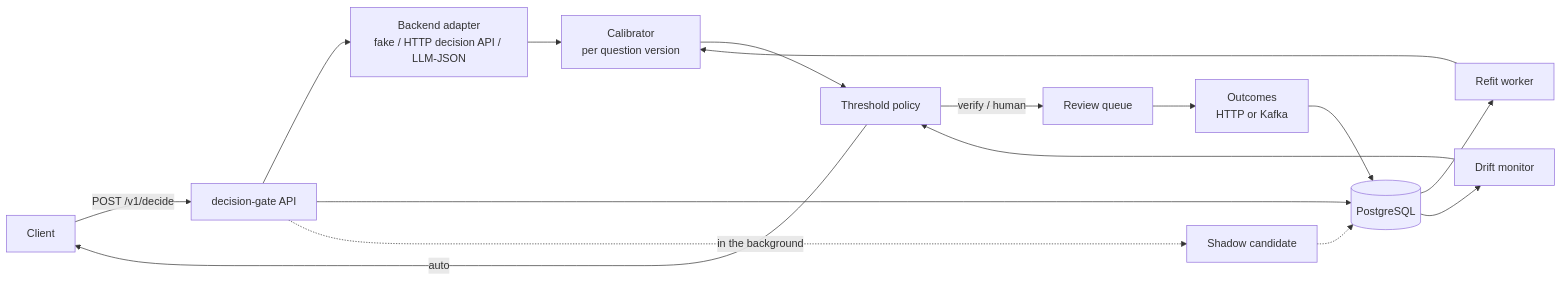
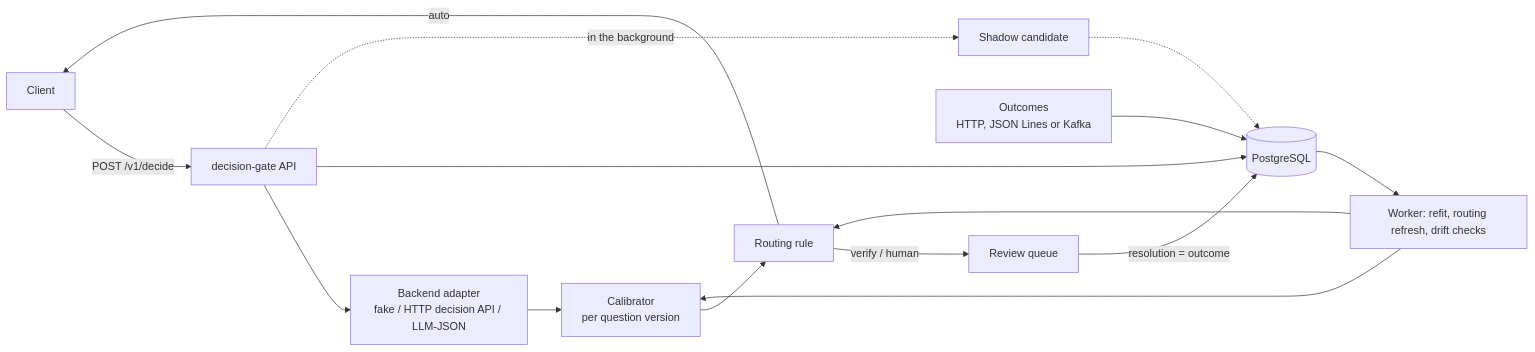
One commit to xeeshan16/decision-gate changed the first of 2 diagrams in README.md. Above: the diagram before and after it, drawn with Mermaid. The commit also changed other lines of this file and 2 other files, not shown here.

````diff
--- a/README.md
+++ b/README.md
@@ -58,15 +62,16 @@
 ```mermaid
 flowchart LR
     client[Client] -->|POST /v1/decide| api[decision-gate API]
     api --> backend[Backend adapter<br/>fake / HTTP decision API / LLM-JSON]
     backend --> cal[Calibrator<br/>per question version]
-    cal --> policy[Threshold policy]
+    cal --> policy[Routing rule]
     policy -->|auto| client
     policy -->|verify / human| queue[Review queue]
-    outcomes[Outcomes<br/>HTTP or Kafka] --> store[(PostgreSQL)]
-    queue --> outcomes
+    outcomes[Outcomes<br/>HTTP, JSON Lines or Kafka] --> store[(PostgreSQL)]
+    queue -->|resolution = outcome| store
     api --> store
     api -.->|in the background| shadow[Shadow candidate] -.-> store
-    store --> refit[Refit worker] --> cal
-    store --> drift[Drift monitor] --> policy
+    store --> worker[Worker: refit, routing refresh, drift checks]
+    worker --> cal
+    worker --> policy
 ```
````
